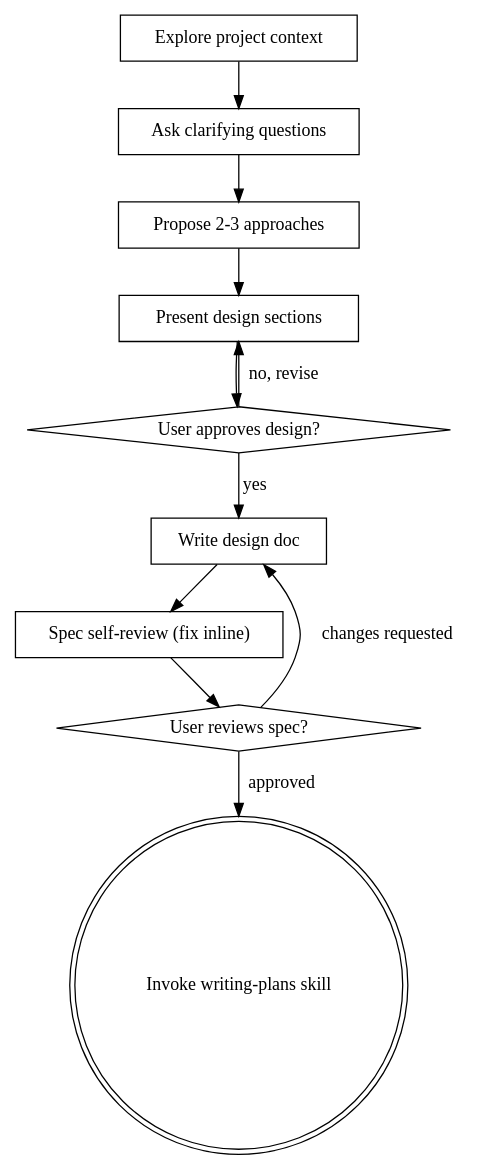
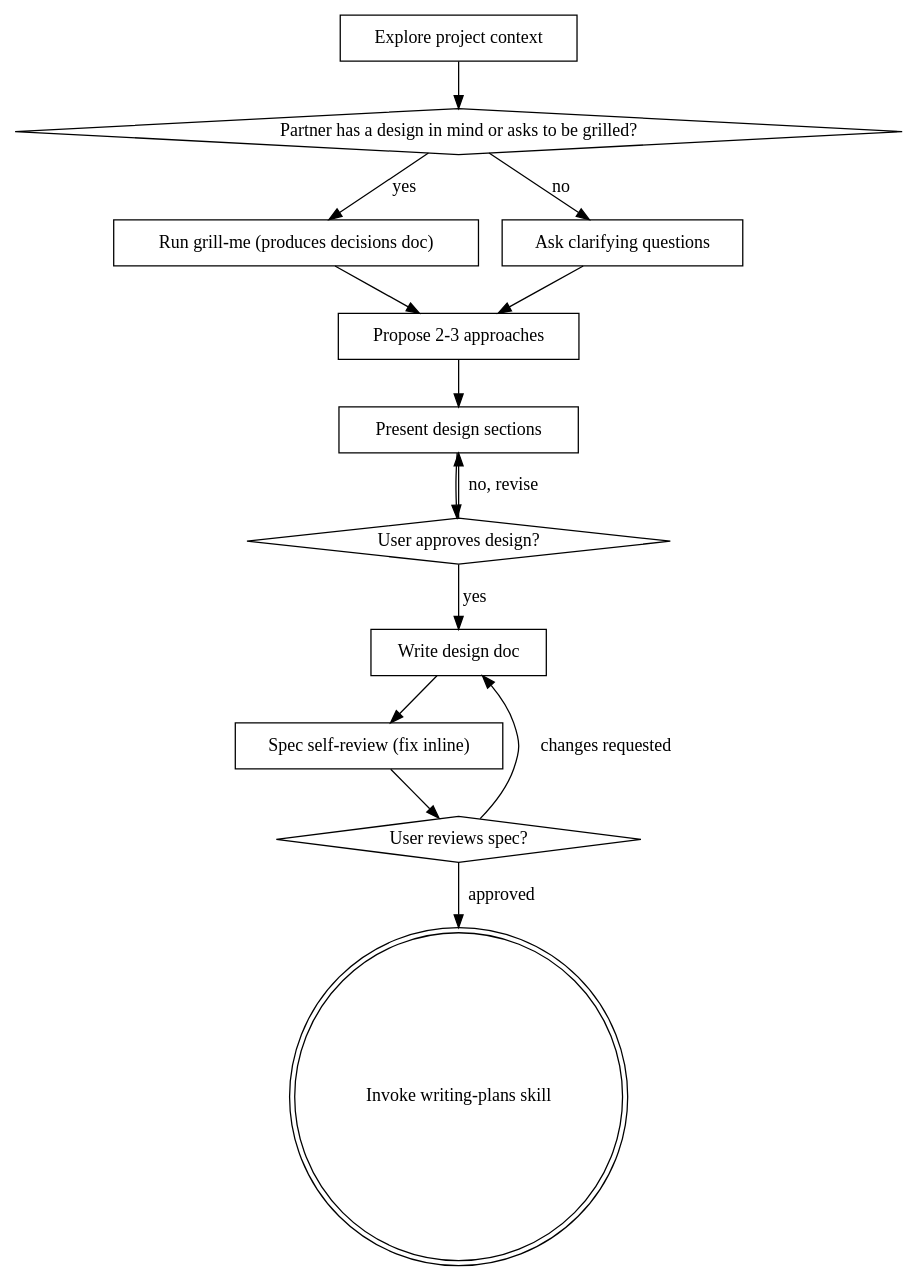
The diagram in roach/skills/brainstorming/SKILL.md (stefanfaur/roach-marketplace), drawn with Graphviz before and after one commit. The commit also changed other lines of this file and 2 other files, not shown here.

Commit message:
feat(roach): grill-me v2 - mandatory decisions document, brainstorming companion flow
Every grill session now ends with a decisions doc (in-place update or thoughts/shared/plans/<domain>/...-decisions.md), tracks open branches as tasks, orders questions by load-bearing weight, and grills adversarially. Brainstorming gains an optional opening grill branch: partner-has-a-design runs grill-me in place of clarifying questions and resumes at approach proposals on the decisions doc.

````diff
--- a/roach/skills/brainstorming/SKILL.md
+++ b/roach/skills/brainstorming/SKILL.md
@@ -55,24 +55,29 @@
 ```dot
 digraph brainstorming {
     "Explore project context" [shape=box];
+    "Partner has a design in mind or asks to be grilled?" [shape=diamond];
+    "Run grill-me (produces decisions doc)" [shape=box];
     "Ask clarifying questions" [shape=box];
     "Propose 2-3 approaches" [shape=box];
     "Present design sections" [shape=box];
     "User approves design?" [shape=diamond];
     "Write design doc" [shape=box];
     "Spec self-review (fix inline)" [shape=box];
     "User reviews spec?" [shape=diamond];
     "Invoke writing-plans skill" [shape=doublecircle];
 
-    "Explore project context" -> "Ask clarifying questions";
+    "Explore project context" -> "Partner has a design in mind or asks to be grilled?";
+    "Partner has a design in mind or asks to be grilled?" -> "Run grill-me (produces decisions doc)" [label="yes"];
+    "Partner has a design in mind or asks to be grilled?" -> "Ask clarifying questions" [label="no"];
+    "Run grill-me (produces decisions doc)" -> "Propose 2-3 approaches";
     "Ask clarifying questions" -> "Propose 2-3 approaches";
     "Propose 2-3 approaches" -> "Present design sections";
     "Present design sections" -> "User approves design?";
     "User approves design?" -> "Present design sections" [label="no, revise"];
     "User approves design?" -> "Write design doc" [label="yes"];
     "Write design doc" -> "Spec self-review (fix inline)";
     "Spec self-review (fix inline)" -> "User reviews spec?";
     "User reviews spec?" -> "Write design doc" [label="changes requested"];
     "User reviews spec?" -> "Invoke writing-plans skill" [label="approved"];
 }
 ```
````
